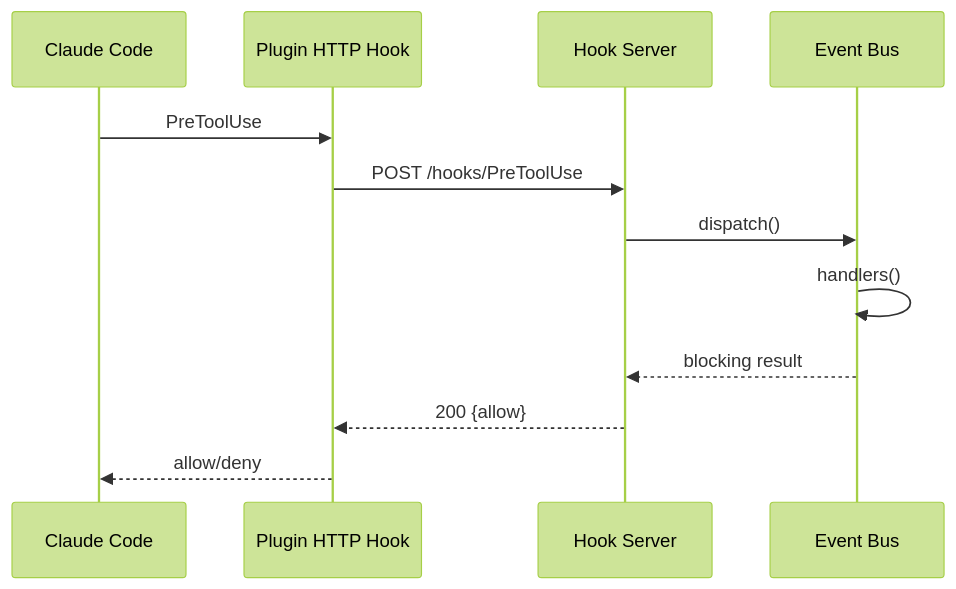
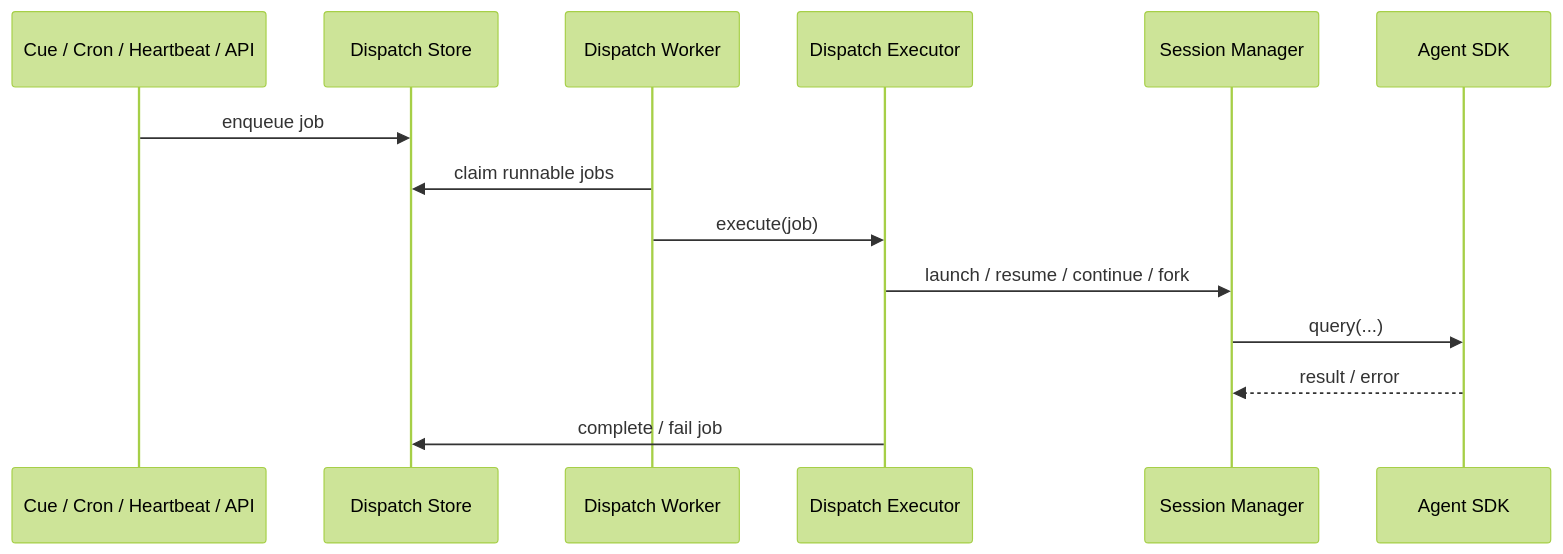
One commit to juanbermudez/cc-middleware changed the third of 4 diagrams in docs/architecture/README.md. Above: the diagram before and after it, drawn with Mermaid (forest theme). The commit also changed other lines of this file and 6 other files, not shown here.

Commit message:
Refresh docs for dispatch, metadata, and session detail

````diff
--- a/docs/architecture/README.md
+++ b/docs/architecture/README.md
@@ -136,15 +151,17 @@
 ```mermaid
 sequenceDiagram
-    participant CC as Claude Code
-    participant Hook as Plugin HTTP Hook
-    participant Server as Hook Server
-    participant Bus as Event Bus
+    participant Trigger as Cue / Cron / Heartbeat / API
+    participant Store as Dispatch Store
+    participant Worker as Dispatch Worker
+    participant Exec as Dispatch Executor
+    participant SM as Session Manager
+    participant SDK as Agent SDK
 
-    CC->>Hook: PreToolUse
-    Hook->>Server: POST /hooks/PreToolUse
-    Server->>Bus: dispatch()
-    Bus->>Bus: handlers()
-    Bus-->>Server: blocking result
-    Server-->>Hook: 200 {allow}
-    Hook-->>CC: allow/deny
+    Trigger->>Store: enqueue job
+    Worker->>Store: claim runnable jobs
+    Worker->>Exec: execute(job)
+    Exec->>SM: launch / resume / continue / fork
+    SM->>SDK: query(...)
+    SDK-->>SM: result / error
+    Exec->>Store: complete / fail job
 ```
````
